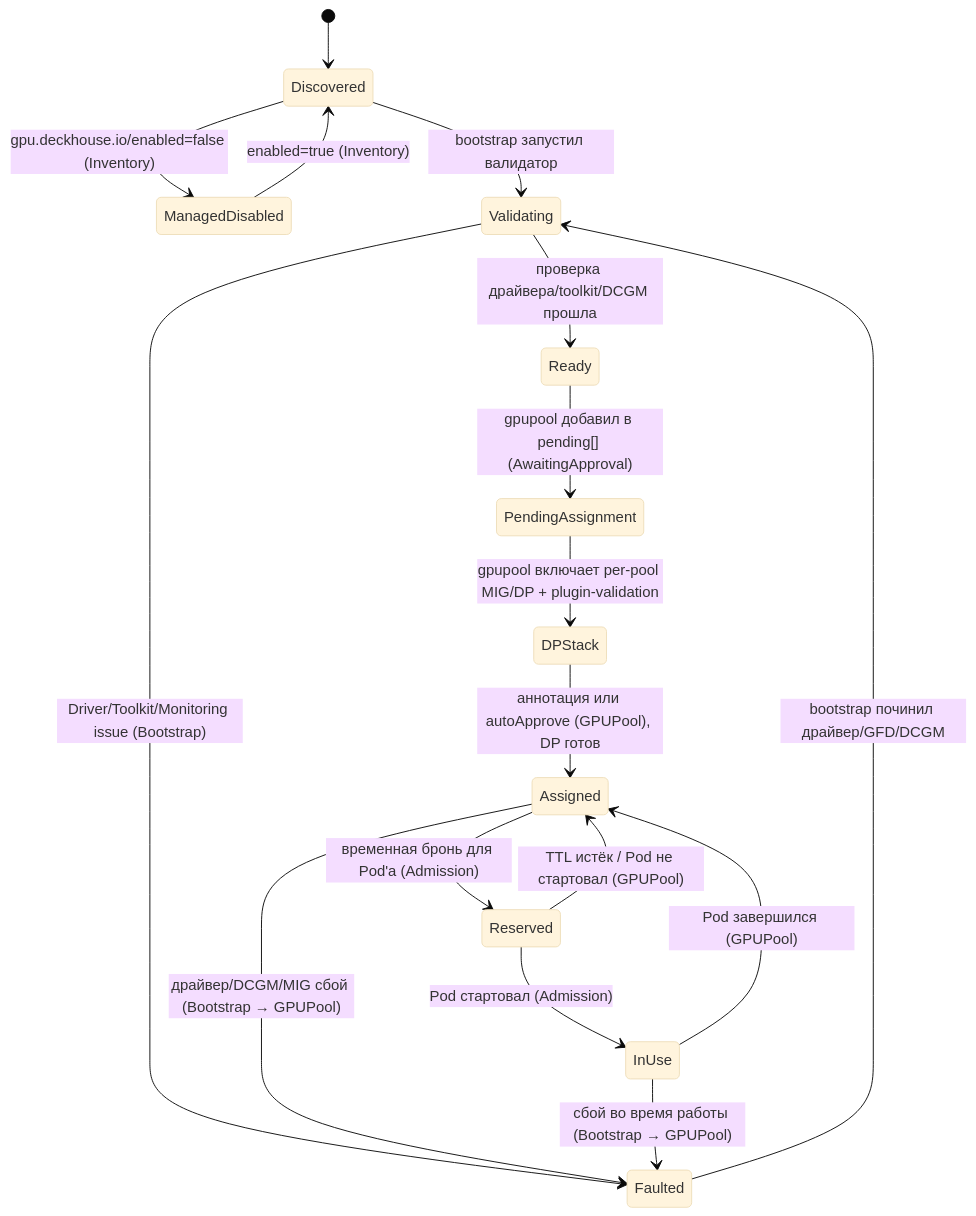
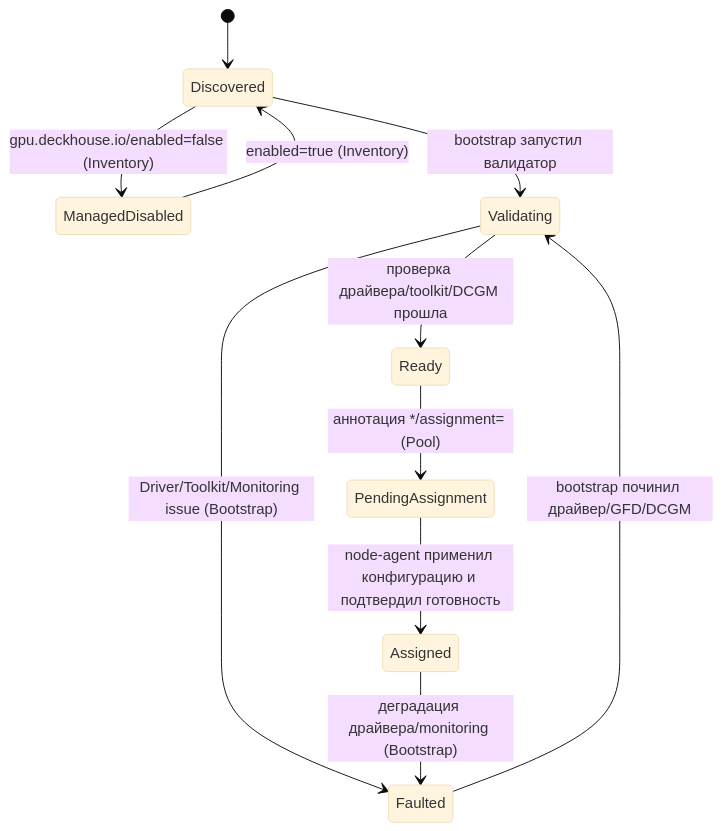
The fourth of 7 diagrams in docs/adr/ADR-gpu-control-plane.ru.md (aleksandr-podmoskovniy/gpu-control-plane), drawn with Mermaid (base theme) before and after one commit. The commit also changed other lines of this file and 253 other files, not shown here.

````diff
--- a/docs/adr/ADR-gpu-control-plane.ru.md
+++ b/docs/adr/ADR-gpu-control-plane.ru.md
@@ -850,19 +840,13 @@
 ```mermaid
 stateDiagram-v2
     [*] --> Discovered
     Discovered --> ManagedDisabled: gpu.deckhouse.io/enabled=false (Inventory)
     ManagedDisabled --> Discovered: enabled=true (Inventory)
     Discovered --> Validating: bootstrap запустил валидатор
     Validating --> Ready: проверка драйвера/toolkit/DCGM прошла
     Validating --> Faulted: Driver/Toolkit/Monitoring issue (Bootstrap)
     Faulted --> Validating: bootstrap починил драйвер/GFD/DCGM
-    Ready --> PendingAssignment: gpupool добавил в pending[] (AwaitingApproval)
-    PendingAssignment --> DPStack: gpupool включает per-pool MIG/DP + plugin-validation
-    DPStack --> Assigned: аннотация или autoApprove (GPUPool), DP готов
-    Assigned --> Reserved: временная бронь для Pod'а (Admission)
-    Reserved --> InUse: Pod стартовал (Admission)
-    Reserved --> Assigned: TTL истёк / Pod не стартовал (GPUPool)
-    InUse --> Assigned: Pod завершился (GPUPool)
-    Assigned --> Faulted: драйвер/DCGM/MIG сбой (Bootstrap → GPUPool)
-    InUse --> Faulted: сбой во время работы (Bootstrap → GPUPool)
+    Ready --> PendingAssignment: аннотация */assignment=<pool> (Pool)
+    PendingAssignment --> Assigned: node-agent применил конфигурацию и подтвердил готовность
+    Assigned --> Faulted: деградация драйвера/monitoring (Bootstrap)
 ```
````
